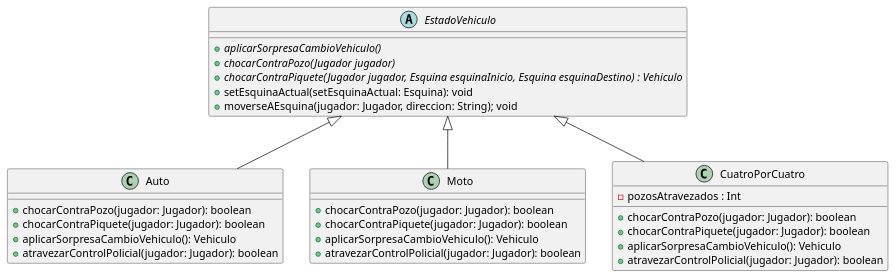
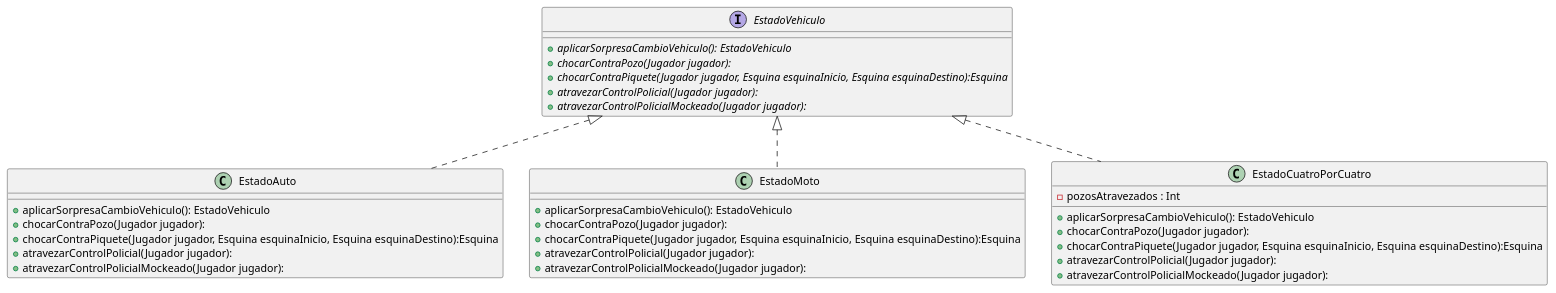
One commit to TP2Algo3FIUBA/tp2 changed the diagram in diagrams/classes/vehiculo.plantuml. Above: the diagram before and after it, drawn with PlantUML. The commit also changed 2 other files, not shown here.

Commit message:
actualice 3 diagramas de clase

```diff
--- a/diagrams/classes/vehiculo.plantuml
+++ b/diagrams/classes/vehiculo.plantuml
@@ -1,40 +1,43 @@
 @startuml
 
-    abstract class EstadoVehiculo {
+    interface EstadoVehiculo {
+        +{abstract} aplicarSorpresaCambioVehiculo(): EstadoVehiculo
+        +{abstract} chocarContraPozo(Jugador jugador):
+        +{abstract} chocarContraPiquete(Jugador jugador, Esquina esquinaInicio, Esquina esquinaDestino):Esquina
+        +{abstract} atravezarControlPolicial(Jugador jugador):
+        +{abstract} atravezarControlPolicialMockeado(Jugador jugador):
 
-        + {abstract} aplicarSorpresaCambioVehiculo()
-        + {abstract} chocarContraPozo(Jugador jugador)
-        + {abstract} chocarContraPiquete(Jugador jugador, Esquina esquinaInicio, Esquina esquinaDestino) : Vehiculo
-        + setEsquinaActual(setEsquinaActual: Esquina): void
-        + moverseAEsquina(jugador: Jugador, direccion: String); void
     }
 
-    class Auto {
-        + chocarContraPozo(jugador: Jugador): boolean
-        + chocarContraPiquete(jugador: Jugador): boolean
-        + aplicarSorpresaCambioVehiculo(): Vehiculo
-        + atravezarControlPolicial(jugador: Jugador): boolean
+    class EstadoAuto {
+        +aplicarSorpresaCambioVehiculo(): EstadoVehiculo
+        +chocarContraPozo(Jugador jugador):
+        +chocarContraPiquete(Jugador jugador, Esquina esquinaInicio, Esquina esquinaDestino):Esquina
+        +atravezarControlPolicial(Jugador jugador):
+        +atravezarControlPolicialMockeado(Jugador jugador):
     }
 
-    class Moto {
-        + chocarContraPozo(jugador: Jugador): boolean
-        + chocarContraPiquete(jugador: Jugador): boolean
-        + aplicarSorpresaCambioVehiculo(): Vehiculo
-        + atravezarControlPolicial(jugador: Jugador): boolean
+    class EstadoMoto {
+          +aplicarSorpresaCambioVehiculo(): EstadoVehiculo
+          +chocarContraPozo(Jugador jugador):
+          +chocarContraPiquete(Jugador jugador, Esquina esquinaInicio, Esquina esquinaDestino):Esquina
+          +atravezarControlPolicial(Jugador jugador):
+          +atravezarControlPolicialMockeado(Jugador jugador):
     }
 
 
 
-    class CuatroPorCuatro {
+    class EstadoCuatroPorCuatro {
         - pozosAtravezados : Int
-        + chocarContraPozo(jugador: Jugador): boolean
-        + chocarContraPiquete(jugador: Jugador): boolean
-        + aplicarSorpresaCambioVehiculo(): Vehiculo
-        + atravezarControlPolicial(jugador: Jugador): boolean
+        +aplicarSorpresaCambioVehiculo(): EstadoVehiculo
+        +chocarContraPozo(Jugador jugador):
+        +chocarContraPiquete(Jugador jugador, Esquina esquinaInicio, Esquina esquinaDestino):Esquina
+        +atravezarControlPolicial(Jugador jugador):
+        +atravezarControlPolicialMockeado(Jugador jugador):
     }
 
-   EstadoVehiculo <|-- Auto
-   EstadoVehiculo <|-- Moto
-   EstadoVehiculo <|-- CuatroPorCuatro
+   EstadoVehiculo <|.. EstadoAuto
+   EstadoVehiculo <|.. EstadoMoto
+   EstadoVehiculo <|.. EstadoCuatroPorCuatro
 
 @enduml
```
